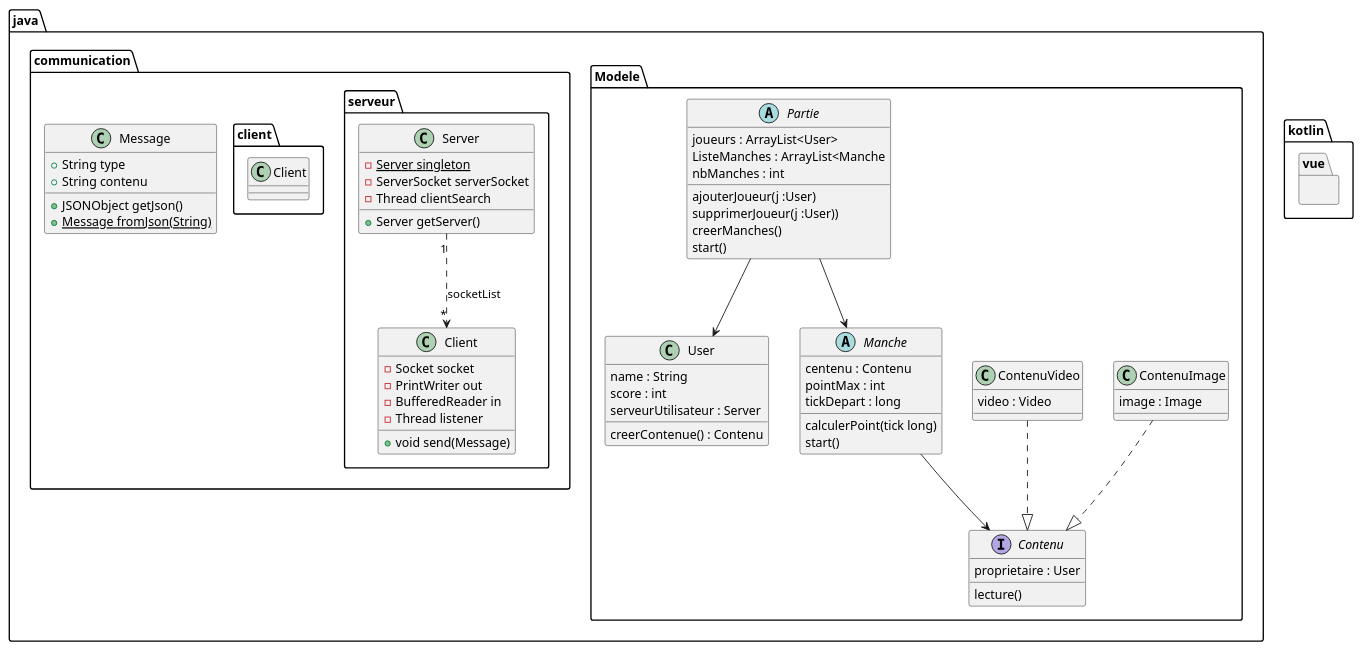
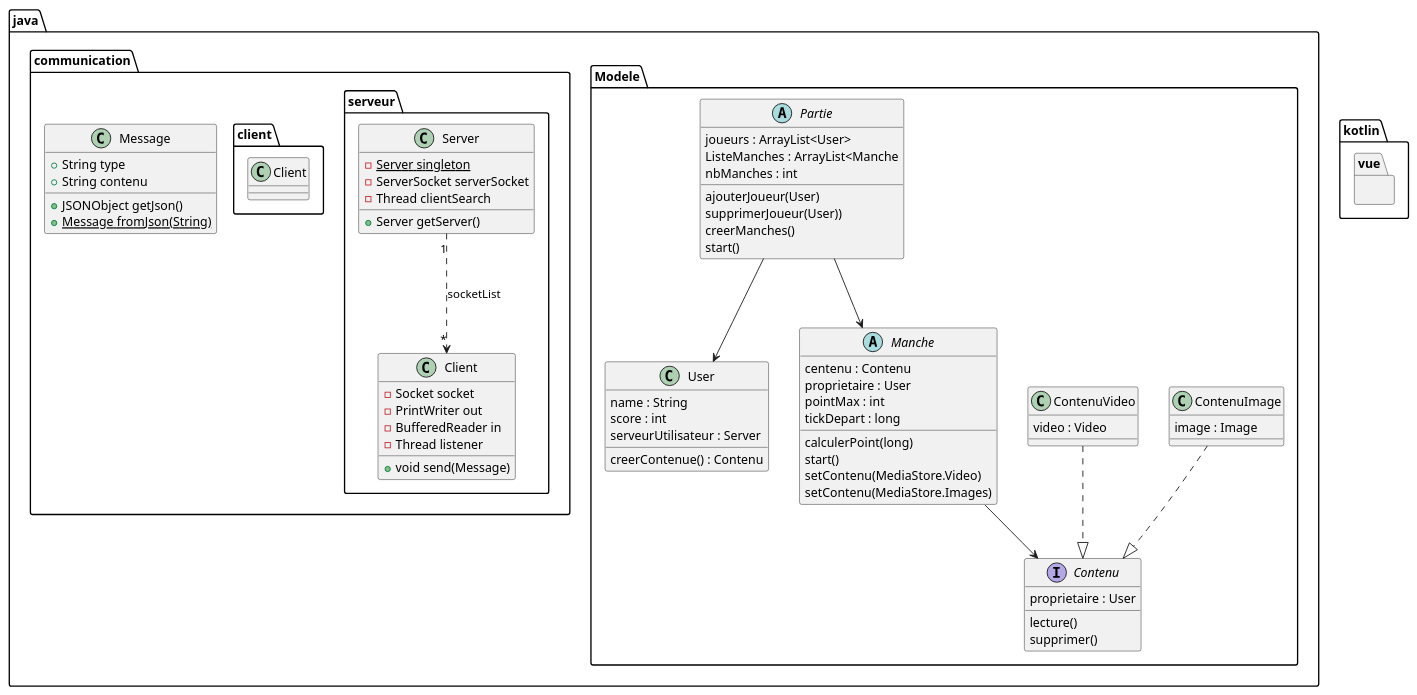
The diagram in document/diagrammeClasse.puml (PlumeDeRenard54/PhotoRoulette), drawn with PlantUML before and after one commit. The commit also changed 1 other file, not shown here.

Commit message:
[modify] diagramme de classe globale

```diff
--- a/document/diagrammeClasse.puml
+++ b/document/diagrammeClasse.puml
@@ -1,82 +1,86 @@
 @startuml
 package java {
 package Modele {
     class User {
      name : String
      score : int
      serveurUtilisateur : Server
      creerContenue() : Contenu
     }
 
     abstract class Manche {
         centenu : Contenu
+        proprietaire : User
         pointMax : int
         tickDepart : long
-        calculerPoint(tick long)
+        calculerPoint(long)
         start()
+        setContenu(MediaStore.Video)
+        setContenu(MediaStore.Images)
     }
 
     interface Contenu {
         proprietaire : User
         lecture()
+        supprimer()
     }
 
     class ContenuImage {
         image : Image
     }
 
     class ContenuVideo {
         video : Video
     }
 
     abstract class Partie {
         joueurs : ArrayList<User>
         ListeManches : ArrayList<Manche
         nbManches : int
-        ajouterJoueur(j :User)
-        supprimerJoueur(j :User))
+        ajouterJoueur(User)
+        supprimerJoueur(User))
         creerManches()
         start()
     }
 }
 
 package communication{
     package serveur {
         class Client {
         - Socket socket
         - PrintWriter out
         - BufferedReader in
         - Thread listener
         + void send(Message)
         }
 
 
         class Server {
         - {static} Server singleton
         - ServerSocket serverSocket
         - Thread clientSearch
         + Server getServer()
         }
         Server "1" ..> "*" Client : socketList
 }
 class Message {
 + String type
 + String contenu
 + JSONObject getJson()
 + {static} Message fromJson(String)
     }
 
     package client {
         class Client
     }
 }
 }
 package kotlin{
     package vue {}
 }
 ContenuImage ..|> Contenu
 ContenuVideo ..|> Contenu
 Manche --> Contenu
 Partie --> User
 Partie --> Manche
 @enduml
```
